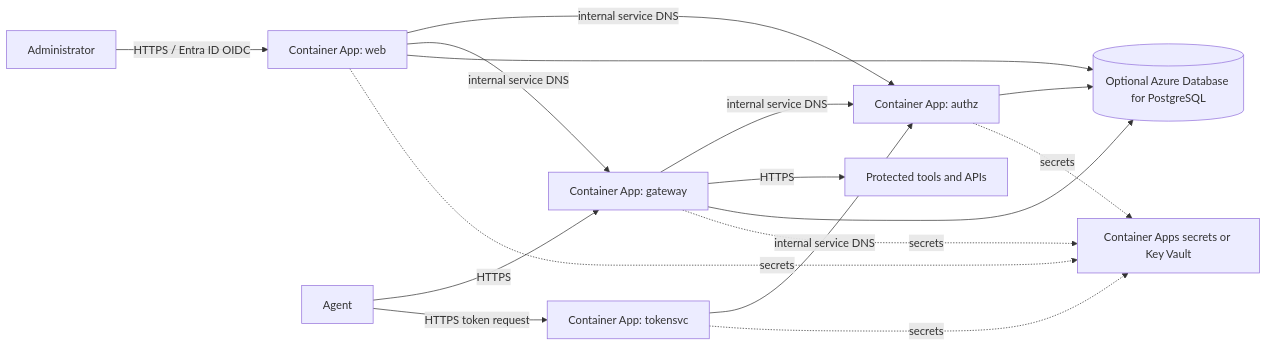
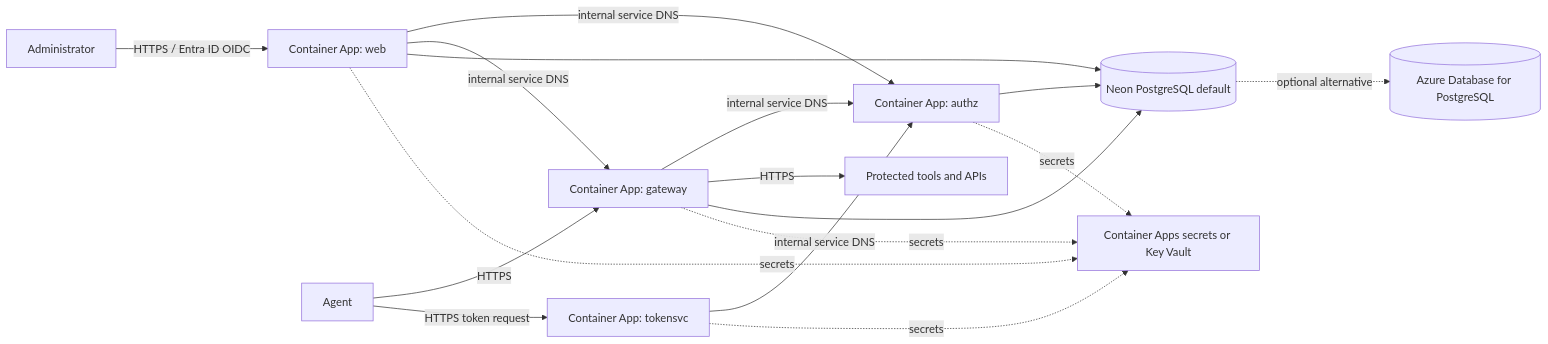
One commit to stevef1uk/agent-gateway-runtime changed the diagram in docs/azure/architecture.md. Above: the diagram before and after it, drawn with Mermaid. The commit also changed other lines of this file and 5 other files, not shown here.

````diff
--- a/docs/azure/architecture.md
+++ b/docs/azure/architecture.md
@@ -9,18 +9,19 @@
 ```mermaid
 flowchart LR
   Admin[Administrator] -->|HTTPS / Entra ID OIDC| Web[Container App: web]
   Agent[Agent] -->|HTTPS| Gateway[Container App: gateway]
   Agent -->|HTTPS token request| Tokens[Container App: tokensvc]
   Web -->|internal service DNS| Authz[Container App: authz]
   Web -->|internal service DNS| Gateway
   Tokens -->|internal service DNS| Authz
   Gateway -->|internal service DNS| Authz
   Gateway -->|HTTPS| Upstream[Protected tools and APIs]
-  Web --> State[(Optional Azure Database for PostgreSQL)]
+  Web --> State[(Neon PostgreSQL default)]
   Authz --> State
   Gateway --> State
+  State -. optional alternative .-> AzureDB[(Azure Database for PostgreSQL)]
   Web -. secrets .-> Secrets[Container Apps secrets or Key Vault]
   Gateway -. secrets .-> Secrets
   Tokens -. secrets .-> Secrets
   Authz -. secrets .-> Secrets
 ```
````
